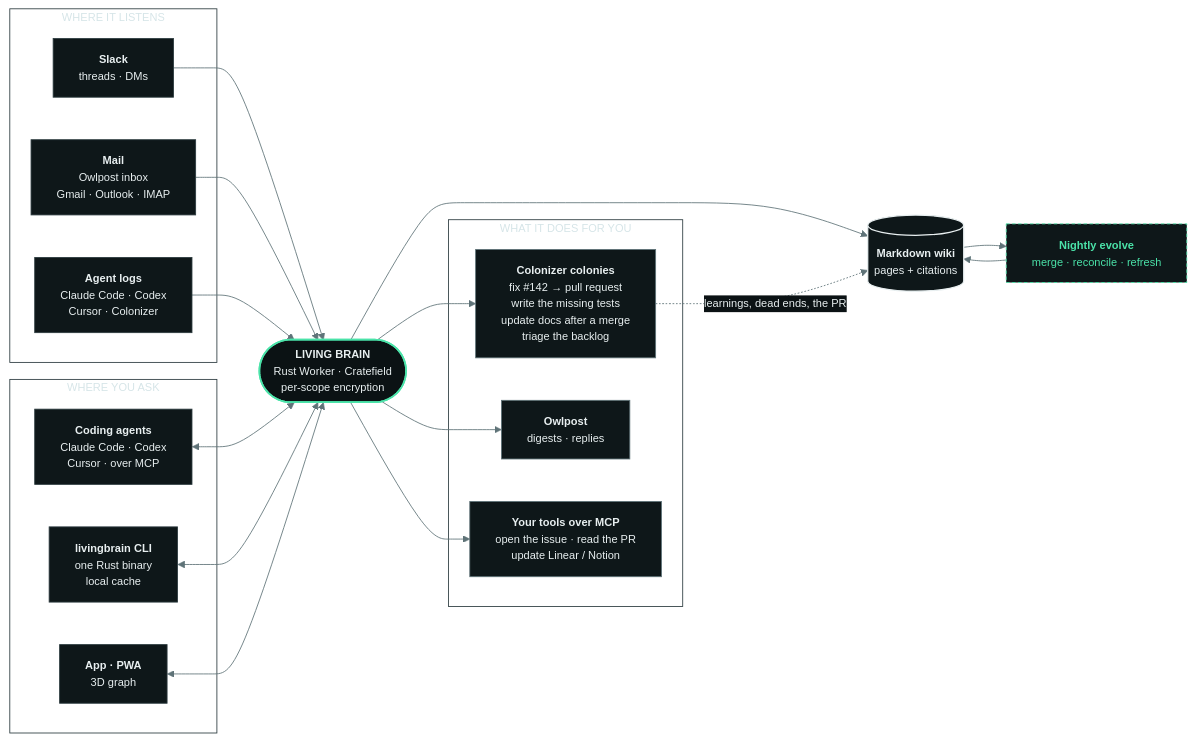
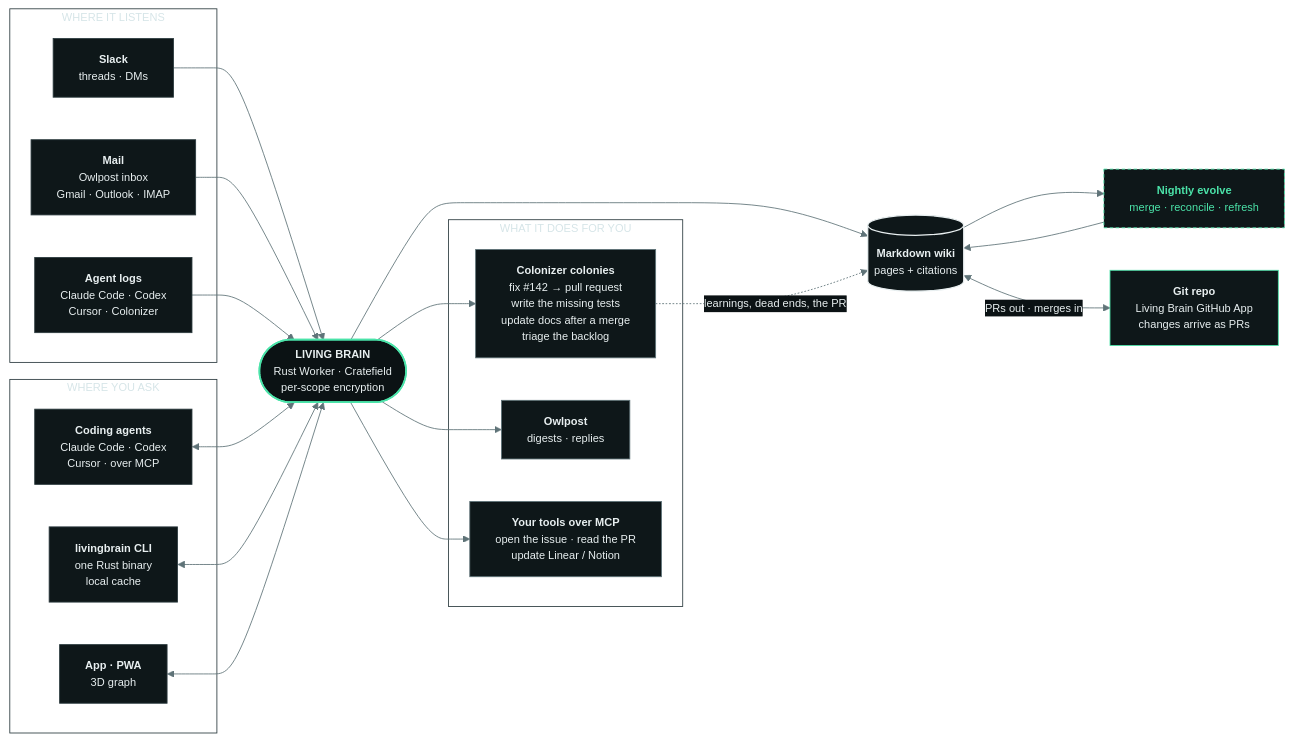
The diagram in README.md (Livingbrain-wiki/livingbrain), drawn with Mermaid before and after one commit. The commit also changed other lines of this file, not shown here.

Commit message:
README: git-backed wiki via the Living Brain GitHub App in the diagram and features

````diff
--- a/README.md
+++ b/README.md
@@ -52,47 +52,50 @@
 ```mermaid
 %%{init: {"theme":"base","themeVariables":{
   "background":"transparent",
   "fontFamily":"ui-monospace, SFMono-Regular, Menlo, monospace",
   "fontSize":"13px",
   "primaryColor":"#0E1719","primaryTextColor":"#E8EFF0","primaryBorderColor":"#2C3B3F",
   "lineColor":"#5F7378","textColor":"#9DB0B4",
   "clusterBkg":"transparent","clusterBorder":"#2C3B3F",
   "edgeLabelBackground":"#0B1214"
 }} }%%
 flowchart LR
   subgraph IN["WHERE IT LISTENS"]
     S["<b>Slack</b><br/>threads · DMs"]:::src
     M["<b>Mail</b><br/>Owlpost inbox<br/>Gmail · Outlook · IMAP"]:::src
     L["<b>Agent logs</b><br/>Claude Code · Codex<br/>Cursor · Colonizer"]:::src
   end
 
   subgraph USE["WHERE YOU ASK"]
     A["<b>Coding agents</b><br/>Claude Code · Codex<br/>Cursor · over MCP"]:::src
     T["<b>livingbrain CLI</b><br/>one Rust binary<br/>local cache"]:::src
     P["<b>App · PWA</b><br/>3D graph"]:::src
   end
 
   B(["<b>LIVING BRAIN</b><br/>Rust Worker · Cratefield<br/>per-scope encryption"]):::core
 
   W[("<b>Markdown wiki</b><br/>pages + citations")]:::wiki
   E["<b>Nightly evolve</b><br/>merge · reconcile · refresh"]:::alive
+  G["<b>Git repo</b><br/>Living Brain GitHub App<br/>changes arrive as PRs"]:::git
 
   subgraph ACT["WHAT IT DOES FOR YOU"]
     C["<b>Colonizer colonies</b><br/>fix #142 → pull request<br/>write the missing tests<br/>update docs after a merge<br/>triage the backlog"]:::act
     O["<b>Owlpost</b><br/>digests · replies"]:::act
     I["<b>Your tools over MCP</b><br/>open the issue · read the PR<br/>update Linear / Notion"]:::act
   end
 
   S & M & L --> B
   A & T & P <--> B
   B --> W
   W --> E --> W
+  W <-- "PRs out · merges in" --> G
   B --> C & O & I
   C -. "learnings, dead ends, the PR" .-> W
 
   classDef src fill:#0E1719,stroke:#2C3B3F,color:#E8EFF0
   classDef core fill:#0B1214,stroke:#4BE3A9,stroke-width:2px,color:#E8EFF0
   classDef wiki fill:#0E1719,stroke:#E8EFF0,stroke-width:1.5px,color:#E8EFF0
   classDef alive fill:#0E1719,stroke:#4BE3A9,stroke-dasharray:4 3,color:#4BE3A9
   classDef act fill:#0E1719,stroke:#5F7378,color:#E8EFF0
+  classDef git fill:#0E1719,stroke:#4BE3A9,color:#E8EFF0
 ```
````
